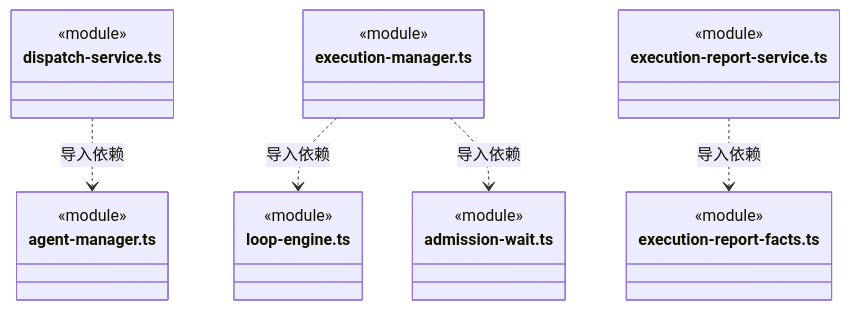
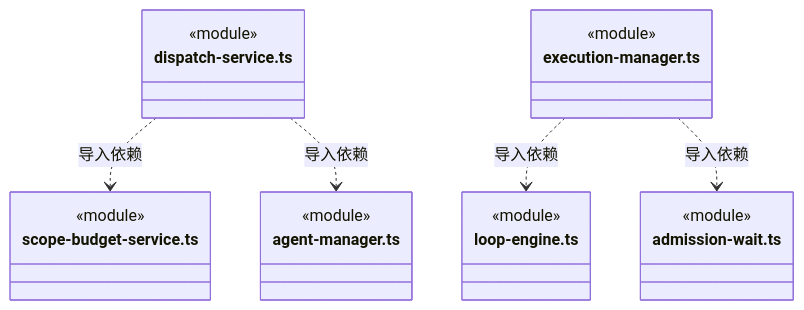
One commit to nan023062/cbim changed diagram 40 of 48 in src/backend/scheduler-engine/execution/ARCHITECTURE.md. Above: the diagram before and after it, drawn with Mermaid. The commit also changed other lines of this file and 64 other files, not shown here.

````diff
--- a/src/backend/scheduler-engine/execution/ARCHITECTURE.md
+++ b/src/backend/scheduler-engine/execution/ARCHITECTURE.md
@@ -1028,28 +1089,25 @@
 ```mermaid
 classDiagram
 class N_src_backend_scheduler_engine_execution_dispatch_service_ts["dispatch-service.ts"] {
+  <<module>>
+}
+class N_src_backend_scheduler_engine_execution_scope_budget_service_ts["scope-budget-service.ts"] {
   <<module>>
 }
 class N_src_backend_scheduler_engine_execution_agent_manager_ts["agent-manager.ts"] {
   <<module>>
 }
 class N_src_backend_scheduler_engine_execution_execution_manager_ts["execution-manager.ts"] {
   <<module>>
 }
 class N_src_backend_scheduler_engine_execution_loop_engine_ts["loop-engine.ts"] {
   <<module>>
 }
 class N_src_backend_scheduler_engine_execution_admission_wait_ts["admission-wait.ts"] {
   <<module>>
 }
-class N_src_backend_scheduler_engine_execution_execution_report_service_ts["execution-report-service.ts"] {
-  <<module>>
-}
-class N_src_backend_scheduler_engine_execution_execution_report_facts_ts["execution-report-facts.ts"] {
-  <<module>>
-}
+N_src_backend_scheduler_engine_execution_dispatch_service_ts ..> N_src_backend_scheduler_engine_execution_scope_budget_service_ts : 导入依赖
 N_src_backend_scheduler_engine_execution_dispatch_service_ts ..> N_src_backend_scheduler_engine_execution_agent_manager_ts : 导入依赖
 N_src_backend_scheduler_engine_execution_execution_manager_ts ..> N_src_backend_scheduler_engine_execution_loop_engine_ts : 导入依赖
 N_src_backend_scheduler_engine_execution_execution_manager_ts ..> N_src_backend_scheduler_engine_execution_admission_wait_ts : 导入依赖
-N_src_backend_scheduler_engine_execution_execution_report_service_ts ..> N_src_backend_scheduler_engine_execution_execution_report_facts_ts : 导入依赖
 ```
````
